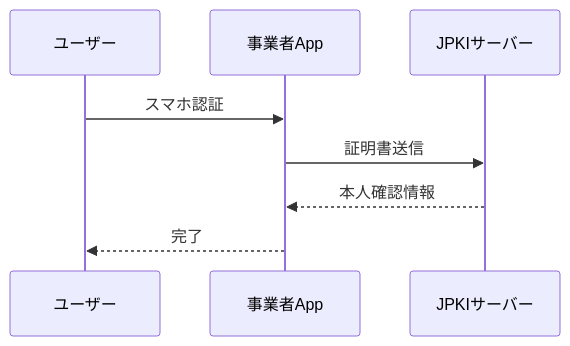
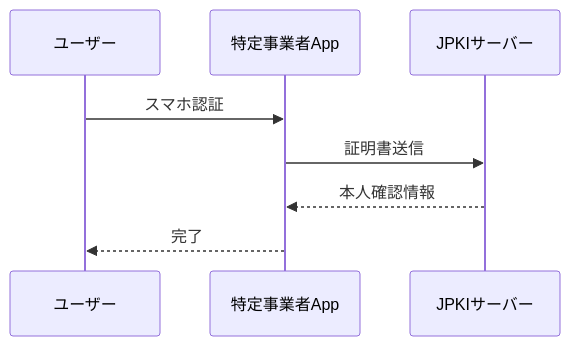
Diagram 13 of 20 in hanshuho.md (CiderH2CO3/study-hanshuho), drawn with Mermaid before and after one commit. The commit also changed other lines of this file, not shown here.

````diff
--- a/hanshuho.md
+++ b/hanshuho.md
@@ -476,10 +493,10 @@
 ```mermaid
 sequenceDiagram
     participant User as ユーザー
-    participant App as 事業者App
+    participant App as 特定事業者App
     participant JPKI as JPKIサーバー
     User->>App: スマホ認証
     App->>JPKI: 証明書送信
     JPKI-->>App: 本人確認情報
     App-->>User: 完了
 ```
````
